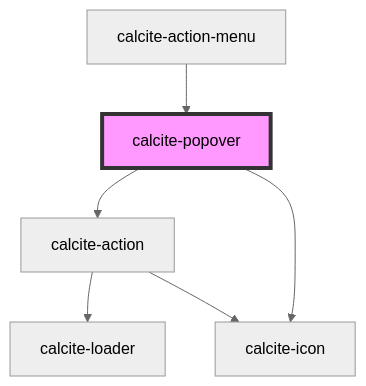
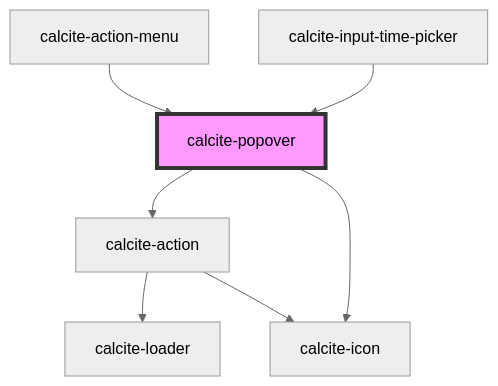
One commit to vikivakarvc/calcite-design-system changed the diagram in src/components/calcite-popover/readme.md. Above: the diagram before and after it, drawn with Mermaid (neutral theme). The commit also changed other lines of this file and 19 other files, not shown here.

Commit message:
feat(input-time-picker, time-picker): add time-picker and input-time-picker components (#1736)

````diff
--- a/src/components/calcite-popover/readme.md
+++ b/src/components/calcite-popover/readme.md
@@ -82,9 +83,10 @@
 ```mermaid
 graph TD;
   calcite-popover --> calcite-action
   calcite-popover --> calcite-icon
   calcite-action --> calcite-loader
   calcite-action --> calcite-icon
   calcite-action-menu --> calcite-popover
+  calcite-input-time-picker --> calcite-popover
   style calcite-popover fill:#f9f,stroke:#333,stroke-width:4px
 ```
````
